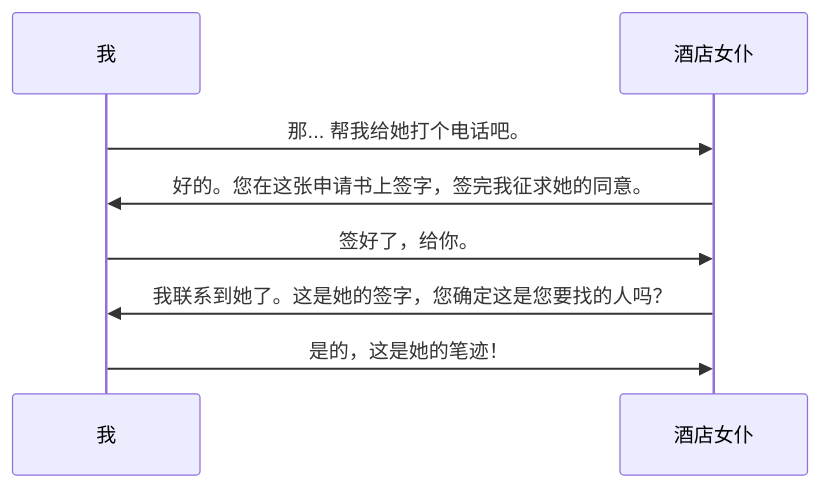
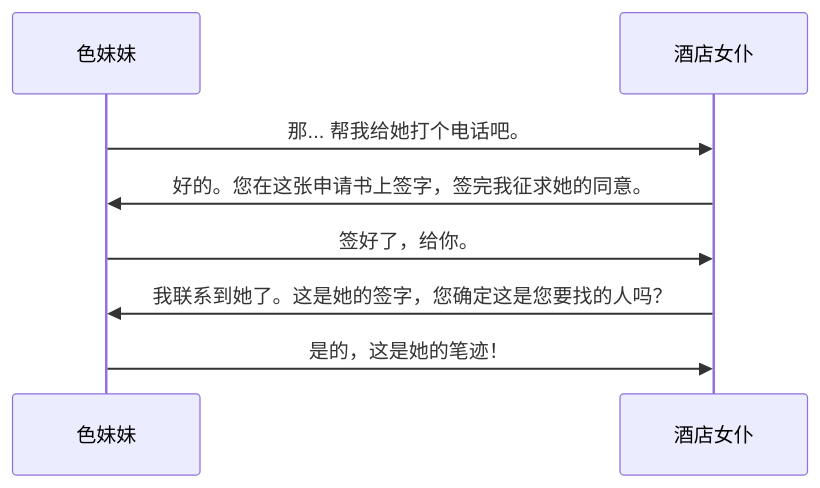
The fifth of 27 diagrams in content/posts/the-comments-system.md (sb-child/sb-child), drawn with Mermaid before and after one commit. The commit also changed other lines of this file, not shown here.

````diff
--- a/content/posts/the-comments-system.md
+++ b/content/posts/the-comments-system.md
@@ -207,8 +207,8 @@
 ```mermaid
 sequenceDiagram
-    我->>酒店女仆: 那... 帮我给她打个电话吧。
-    酒店女仆->>我: 好的。您在这张申请书上签字，签完我征求她的同意。
-    我->>酒店女仆: 签好了，给你。
-    酒店女仆->>我: 我联系到她了。这是她的签字，您确定这是您要找的人吗？
-    我->>酒店女仆: 是的，这是她的笔迹！
+    色妹妹->>酒店女仆: 那... 帮我给她打个电话吧。
+    酒店女仆->>色妹妹: 好的。您在这张申请书上签字，签完我征求她的同意。
+    色妹妹->>酒店女仆: 签好了，给你。
+    酒店女仆->>色妹妹: 我联系到她了。这是她的签字，您确定这是您要找的人吗？
+    色妹妹->>酒店女仆: 是的，这是她的笔迹！
 ```
````
